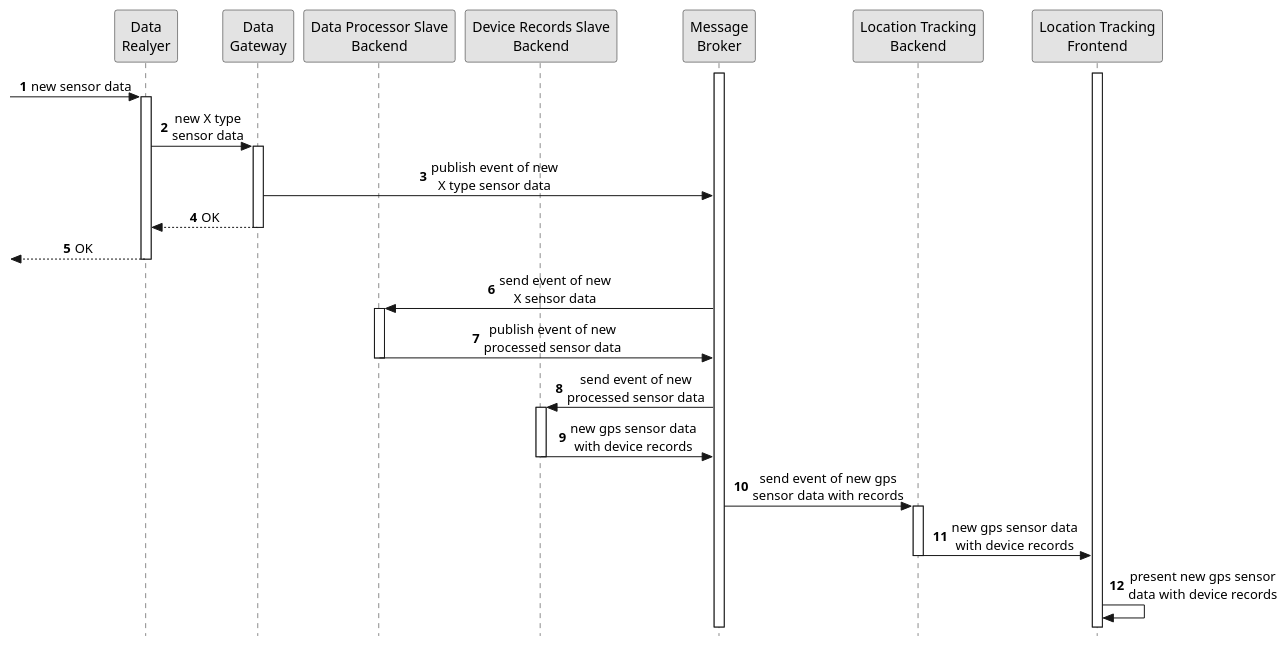
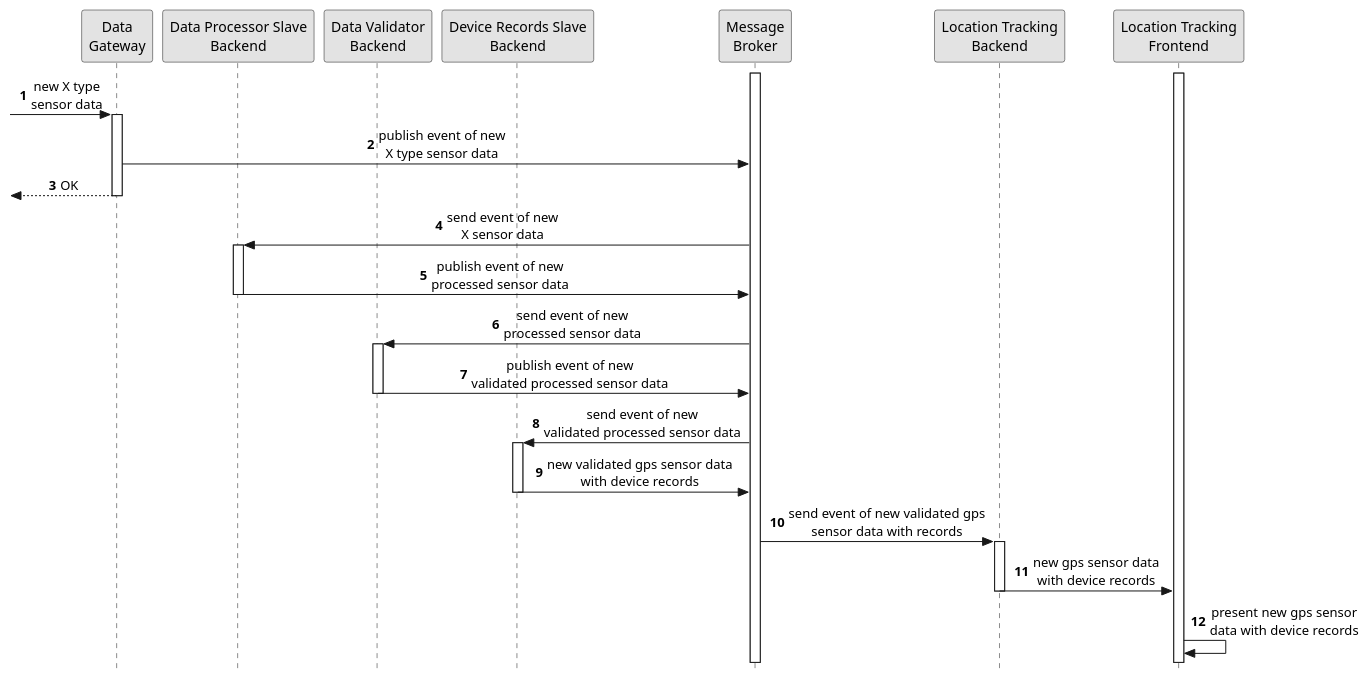
The diagram in docs/diagrams/process-view-level2-uc01.pu (FilipeMCruz/sensae-console), drawn with PlantUML before and after one commit. The commit also changed 8 other files, not shown here.

Commit message:
Updated documentation with data validator

```diff
--- a/docs/diagrams/process-view-level2-uc01.pu
+++ b/docs/diagrams/process-view-level2-uc01.pu
@@ -1,54 +1,54 @@
 @startuml process-view-level2-uc01
 
 skinparam Monochrome true
 skinparam sequenceMessageAlign center
 skinparam style strictuml
 hide unlinked
 
 autonumber 1
 
-participant "Data\nRealyer" as DG
 participant "Data\nGateway" as SDDG
 participant "Data Processor Slave\nBackend" as DPSB
+participant "Data Validator\nBackend" as DVB
 participant "Device Records Slave\nBackend" as DRSB
 participant "Message\nBroker" as MB
 participant "Location Tracking\nBackend" as LTB
 participant "Location Tracking\nFrontend" as LTF
 
 activate MB
 activate LTF
 
--> DG : new sensor data
-activate DG
-
-DG -> SDDG : new X type\nsensor data
+-> SDDG : new X type\nsensor data
 activate SDDG
 
 SDDG -> MB : publish event of new\nX type sensor data
 
-DG <-- SDDG : OK
+<-- SDDG : OK
 deactivate SDDG
-
-<-- DG : OK
-deactivate DG
 
 MB -> DPSB : send event of new\nX sensor data
 activate DPSB
 
 DPSB -> MB : publish event of new\nprocessed sensor data
 deactivate DPSB
 
-MB -> DRSB : send event of new\nprocessed sensor data
+MB -> DVB : send event of new\nprocessed sensor data
+activate DVB
+
+DVB -> MB : publish event of new\nvalidated processed sensor data
+deactivate DVB
+
+MB -> DRSB : send event of new\nvalidated processed sensor data
 activate DRSB
 
-DRSB -> MB : new gps sensor data\nwith device records
+DRSB -> MB : new validated gps sensor data\nwith device records
 deactivate DRSB
 
-MB -> LTB : send event of new gps\nsensor data with records
+MB -> LTB : send event of new validated gps\nsensor data with records
 activate LTB
 
 LTB -> LTF : new gps sensor data\nwith device records
 deactivate LTB
 LTF -> LTF : present new gps sensor\ndata with device records
 
 @enduml
```
